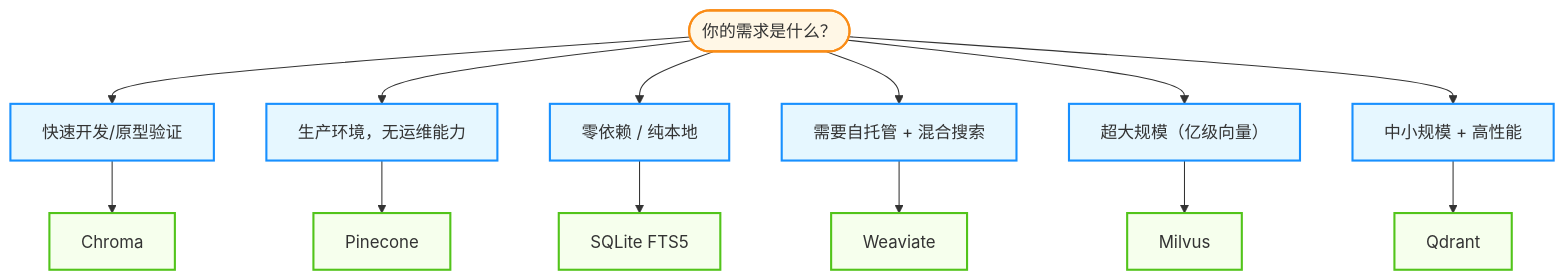
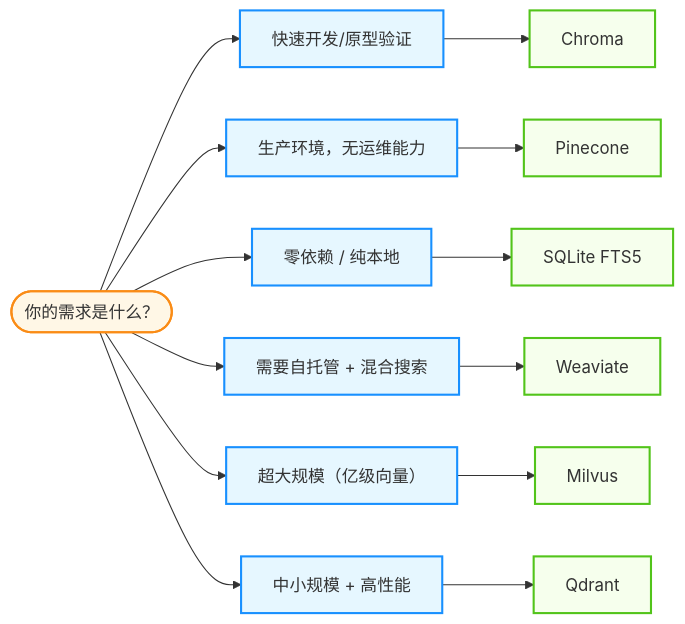
One commit to yeasy/agentic_ai_guide changed the second of 2 diagrams in 03_memory/3.3_vector_databases.md. Above: the diagram before and after it, drawn with Mermaid. The commit also changed other lines of this file and 41 other files, not shown here.

````diff
--- a/03_memory/3.3_vector_databases.md
+++ b/03_memory/3.3_vector_databases.md
@@ -307,31 +306,31 @@
 ```mermaid
-graph TD
+graph LR
     %% Agentic Design System
     classDef agent fill:#e6f7ff,stroke:#1890ff,stroke-width:2px;
     classDef tool fill:#f6ffed,stroke:#52c41a,stroke-width:2px;
     classDef user fill:#fff7e6,stroke:#fa8c16,stroke-width:2px;
 
     Start(["你的需求是什么？"])
     
     Start --> Proto["快速开发/原型验证"]
     Proto --> Chroma["Chroma"]
     
     Start --> ProdNoOps["生产环境，无运维能力"]
     ProdNoOps --> Pinecone["Pinecone"]
 
     Start --> ZeroDep["零依赖 / 纯本地"]
     ZeroDep --> SQLite["SQLite FTS5"]
     
     Start --> SelfHost["需要自托管 + 混合搜索"]
     SelfHost --> Weaviate["Weaviate"]
     
     Start --> HugeScale["超大规模（亿级向量）"]
     HugeScale --> Milvus["Milvus"]
     
     Start --> MidPerf["中小规模 + 高性能"]
     MidPerf --> Qdrant["Qdrant"]
     
     class Start user;
     class Proto,ProdNoOps,SelfHost,HugeScale,MidPerf,ZeroDep agent;
     class Chroma,Pinecone,Weaviate,Milvus,Qdrant,SQLite tool;
 ```
````
